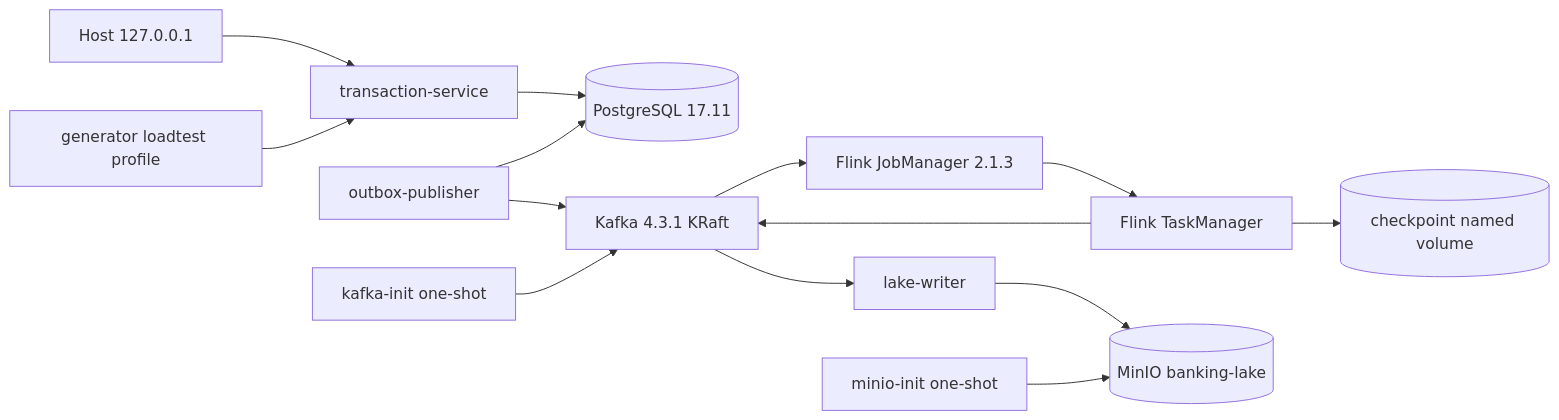
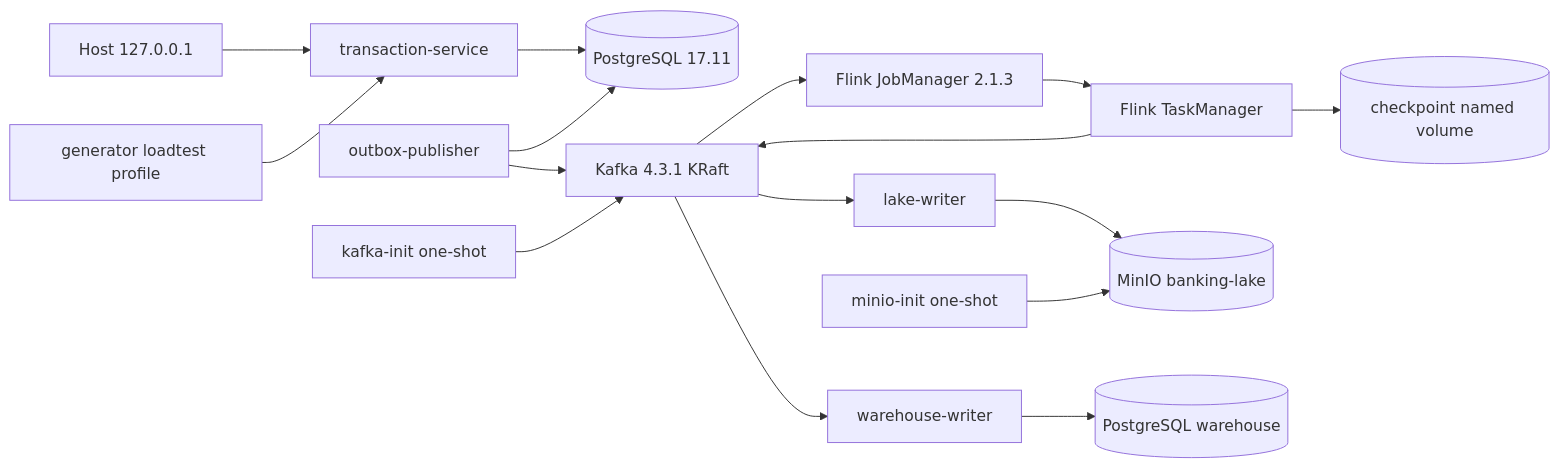
Before and after one commit to hquan07/java-banking-data-platform: the third of 3 diagrams in docs/architecture.md, drawn with Mermaid. The commit also changed other lines of this file and 33 other files, not shown here.

Commit message:
feat(phase7): add PostgreSQL data warehouse

````diff
--- a/docs/architecture.md
+++ b/docs/architecture.md
@@ -72,16 +72,18 @@
 ```mermaid
 flowchart LR
     HOST[Host 127.0.0.1] --> API[transaction-service]
     API --> PG[(PostgreSQL 17.11)]
     PUB[outbox-publisher] --> PG
     PUB --> K[Kafka 4.3.1 KRaft]
     INIT[kafka-init one-shot] --> K
     GEN[generator loadtest profile] --> API
     K --> JM[Flink JobManager 2.1.3]
     JM --> TM[Flink TaskManager]
     TM --> K
     TM --> CP[(checkpoint named volume)]
     K --> LW[lake-writer]
     LW --> M[(MinIO banking-lake)]
     MI[minio-init one-shot] --> M
+    K --> WW[warehouse-writer]
+    WW --> WH[(PostgreSQL warehouse)]
 ```
````
